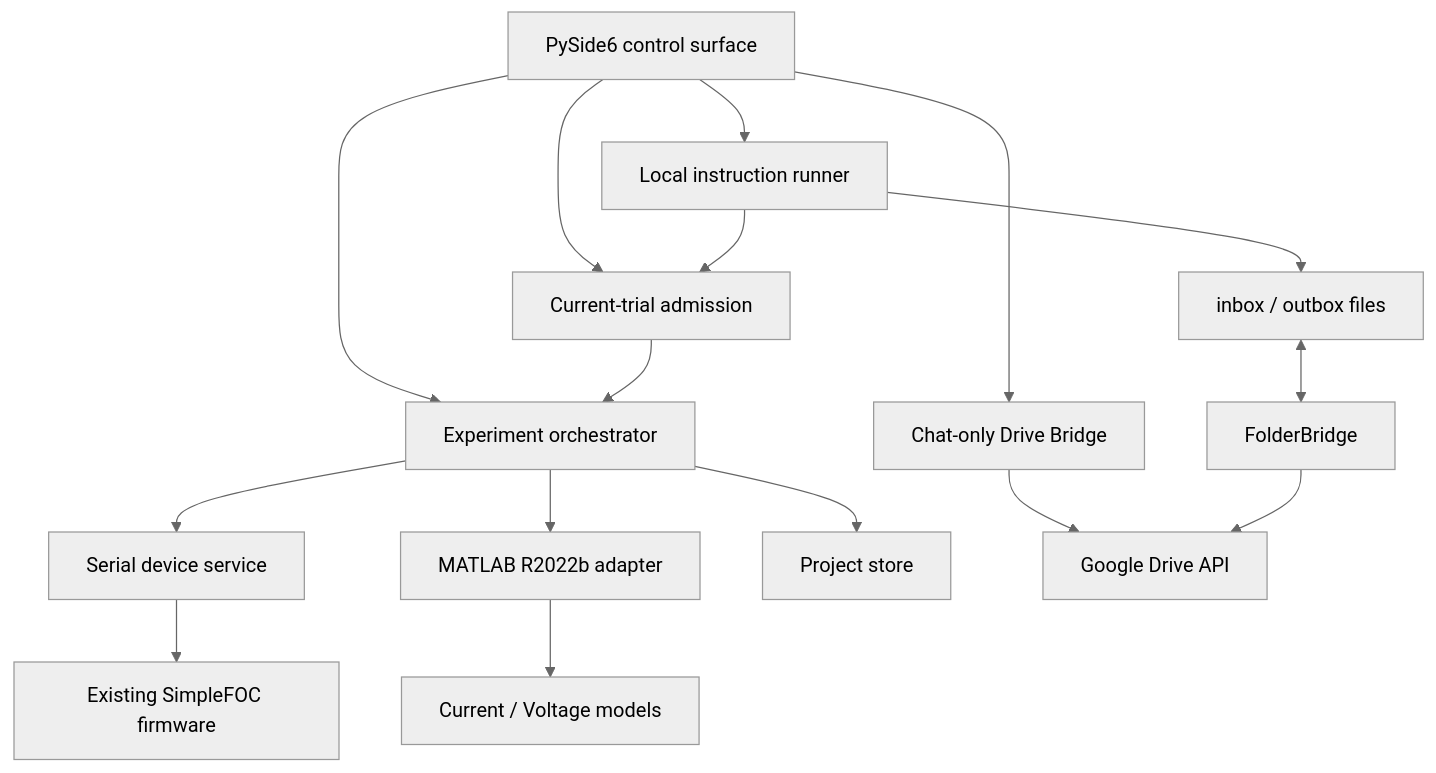
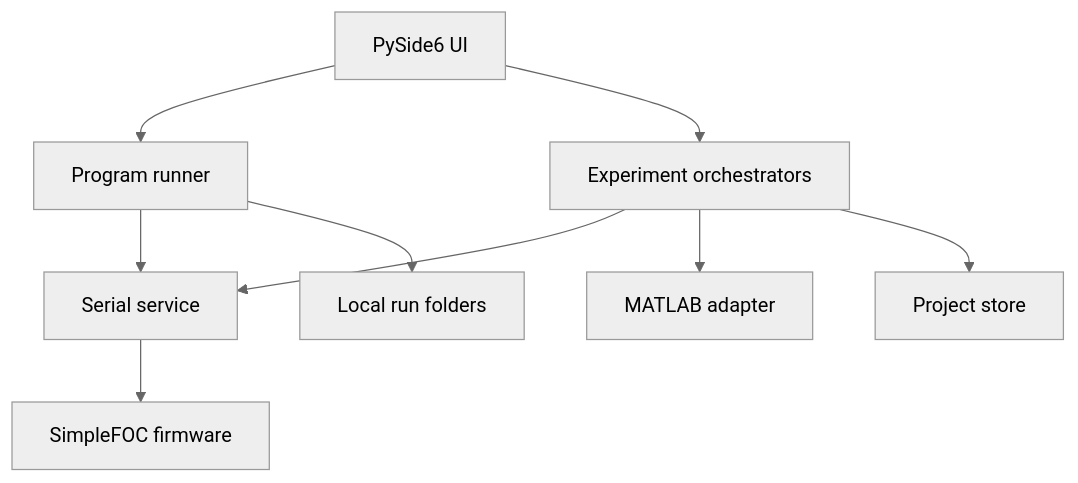
Before and after one commit to Granik115/FOCTwin: the first of 2 diagrams in docs/architecture.md, drawn with Mermaid (neutral theme). The commit also changed other lines of this file and 26 other files, not shown here.

Commit message:
Add local motor programs and remove remote instruction bridge

````diff
--- a/docs/architecture.md
+++ b/docs/architecture.md
@@ -6,18 +6,11 @@
 ```mermaid
 flowchart TD
-    UI["PySide6 control surface"] --> ORCH["Experiment orchestrator"]
-    UI --> BRIDGE["Chat-only Drive Bridge"]
-    UI --> RUNNER["Local instruction runner"]
-    UI --> ADMISSION["Current-trial admission"]
-    RUNNER --> ADMISSION
-    ADMISSION --> ORCH
-    ORCH --> DEVICE["Serial device service"]
-    ORCH --> MATLAB["MATLAB R2022b adapter"]
+    UI["PySide6 UI"] --> PROGRAM["Program runner"]
+    UI --> ORCH["Experiment orchestrators"]
+    PROGRAM --> SERIAL["Serial service"]
+    ORCH --> SERIAL
+    ORCH --> MATLAB["MATLAB adapter"]
     ORCH --> STORE["Project store"]
-    DEVICE --> FW["Existing SimpleFOC firmware"]
-    MATLAB --> MODELS["Current / Voltage models"]
-    BRIDGE --> DRIVE["Google Drive API"]
-    RUNNER --> EXCHANGE["inbox / outbox files"]
-    EXCHANGE <--> FOLDERBRIDGE["FolderBridge"]
-    FOLDERBRIDGE --> DRIVE
+    SERIAL --> FW["SimpleFOC firmware"]
+    PROGRAM --> RUNS["Local run folders"]
 ```
````
